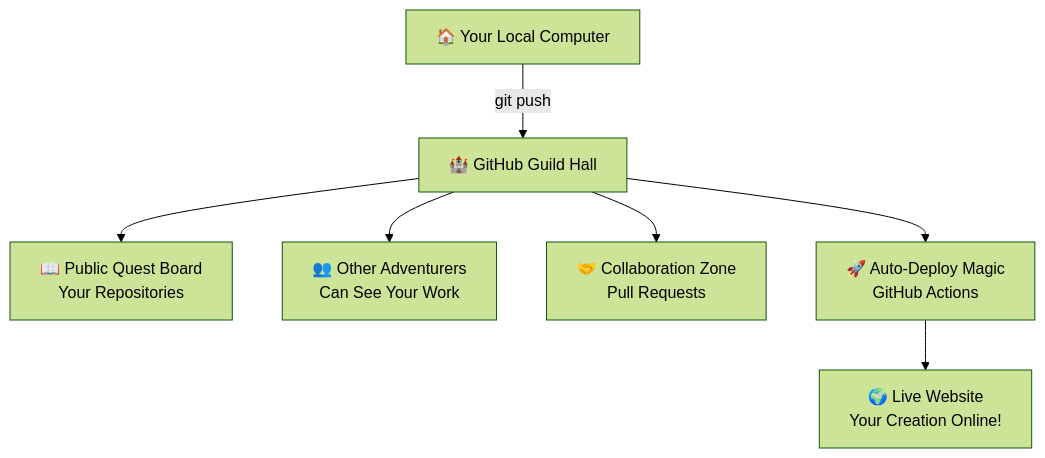
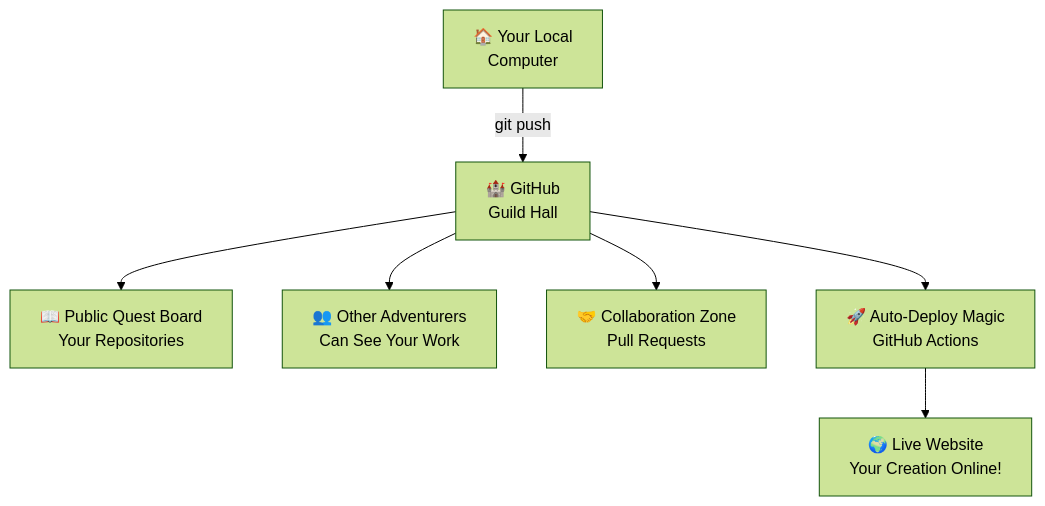
The ninth of 12 diagrams in docs/TOOLS_GLOSSARY.md (j4yh3m/alexandra-fizzbuzz-js), drawn with Mermaid (forest theme) before and after one commit. The commit also changed other lines of this file and 2 other files, not shown here.

First line of the commit message:
fix: improve Mermaid diagram readability with better text wrapping

````diff
--- a/docs/TOOLS_GLOSSARY.md
+++ b/docs/TOOLS_GLOSSARY.md
@@ -291,10 +296,10 @@
 ```mermaid
 graph TD
-    A[🏠 Your Local Computer] -->|git push| B[🏰 GitHub Guild Hall]
+    A[🏠 Your Local<br/>Computer] -->|git push| B[🏰 GitHub<br/>Guild Hall]
     B --> C[📖 Public Quest Board<br/>Your Repositories]
     B --> D[👥 Other Adventurers<br/>Can See Your Work]
     B --> E[🤝 Collaboration Zone<br/>Pull Requests]
     B --> F[🚀 Auto-Deploy Magic<br/>GitHub Actions]
     
     F --> G[🌍 Live Website<br/>Your Creation Online!]
 ```
````
